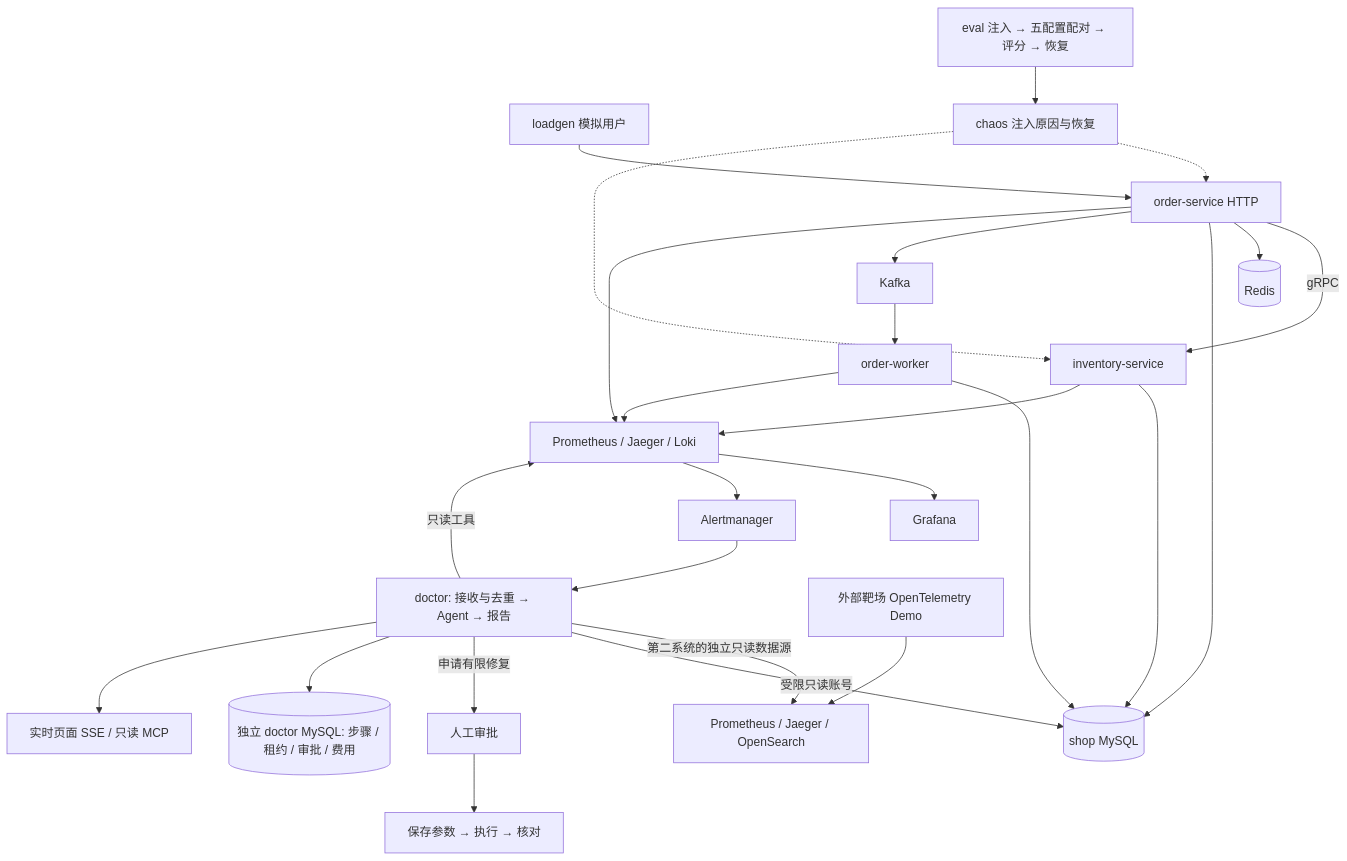
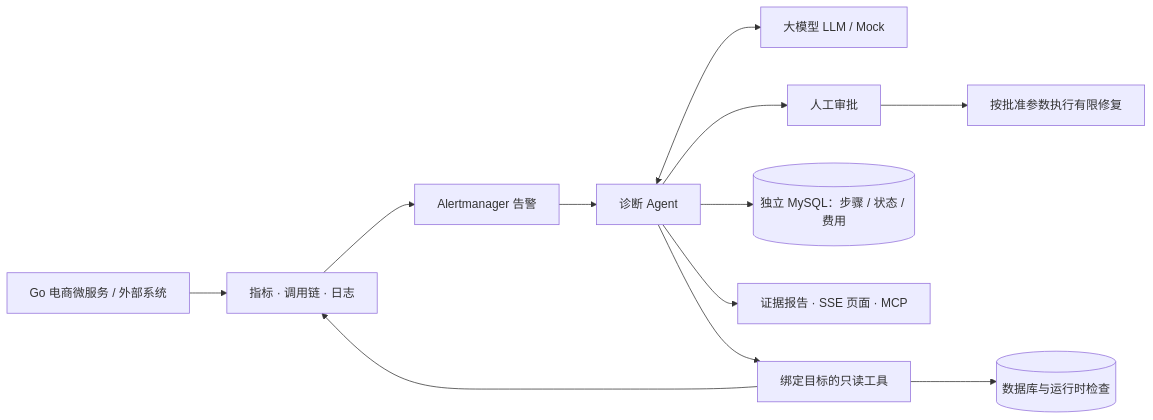
The diagram in README.md (Li-Nepenthe/opsdoctor), drawn with Mermaid before and after one commit. The commit also changed other lines of this file and 29 other files, not shown here.

````diff
--- a/README.md
+++ b/README.md
@@ -13,26 +11,14 @@
 ```mermaid
-flowchart TD
-    L[loadgen 模拟用户] --> O[order-service HTTP]
-    O -->|gRPC| I[inventory-service]
-    O --> R[(Redis)]
-    O --> M[(shop MySQL)]
-    I --> M
-    O --> K[Kafka]
-    K --> W[order-worker]
-    W --> M
-    O & I & W --> V[Prometheus / Jaeger / Loki]
-    V --> G[Grafana]
-    V --> A[Alertmanager]
-    A --> D[doctor: 接收与去重 → Agent → 报告]
-    D -->|只读工具| V
-    OT[外部靶场 OpenTelemetry Demo] --> OV[Prometheus / Jaeger / OpenSearch]
-    D -->|第二系统的独立只读数据源| OV
-    D -->|受限只读账号| M
-    D -->|申请有限修复| H[人工审批]
-    H --> X[保存参数 → 执行 → 核对]
-    D --> B[(独立 doctor MySQL: 步骤 / 租约 / 审批 / 费用)]
-    D --> UI[实时页面 SSE / 只读 MCP]
-    C[chaos 注入原因与恢复] -.-> O
-    C -.-> I
-    E[eval 注入 → 五配置配对 → 评分 → 恢复] --> C
+flowchart LR
+    S[Go 电商微服务 / 外部系统] --> O[指标 · 调用链 · 日志]
+    O --> A[Alertmanager 告警]
+    A --> D[诊断 Agent]
+    D <--> L[大模型 LLM / Mock]
+    D --> T[绑定目标的只读工具]
+    T --> O
+    T --> DB[(数据库与运行时检查)]
+    D --> M[(独立 MySQL：步骤 / 状态 / 费用)]
+    D --> R[证据报告 · SSE 页面 · MCP]
+    D --> H[人工审批]
+    H --> E[按批准参数执行有限修复]
 ```
````
